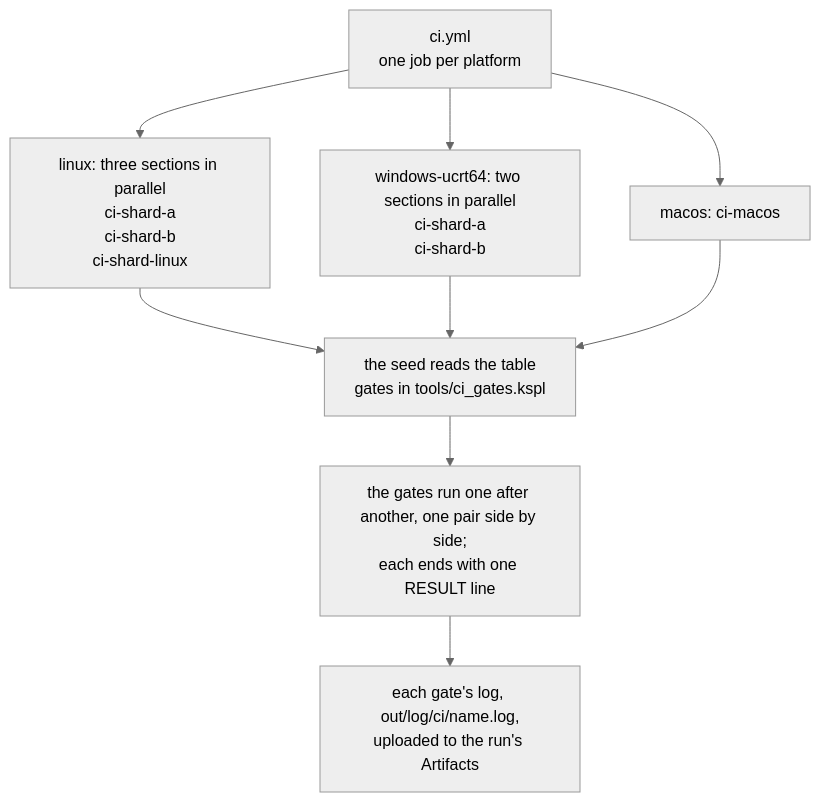
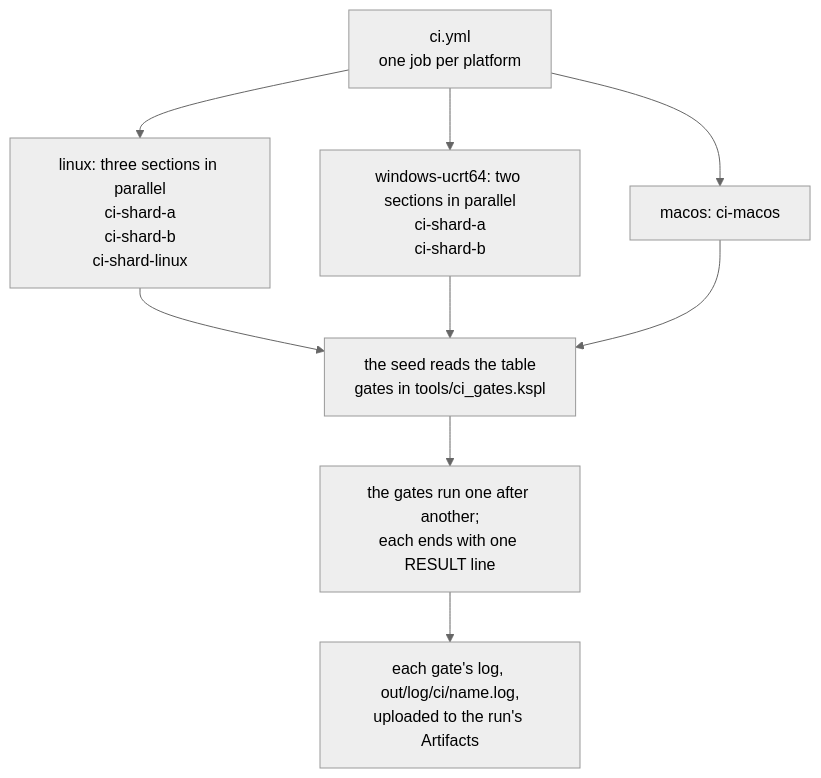
One commit to kansosystem-org/kspl-experimental changed the diagram in docs/SPEC-gates.md. Above: the diagram before and after it, drawn with Mermaid (neutral theme). The commit also changed other lines of this file and 323 other files, not shown here.

````diff
--- a/docs/SPEC-gates.md
+++ b/docs/SPEC-gates.md
@@ -129,11 +119,11 @@
 ```mermaid
 flowchart TD
     W["ci.yml<br/>one job per platform"] --> LX["linux: three sections in parallel<br/>ci-shard-a<br/>ci-shard-b<br/>ci-shard-linux"]
     W --> WN["windows-ucrt64: two sections in parallel<br/>ci-shard-a<br/>ci-shard-b"]
     W --> MC["macos: ci-macos"]
     LX --> T["the seed reads the table<br/>gates in tools/ci_gates.kspl"]
     WN --> T
     MC --> T
-    T --> G["the gates run one after another, one pair side by side;<br/>each ends with one RESULT line"]
+    T --> G["the gates run one after another;<br/>each ends with one RESULT line"]
     G --> O["each gate's log, out/log/ci/name.log,<br/>uploaded to the run's Artifacts"]
 ```
````
